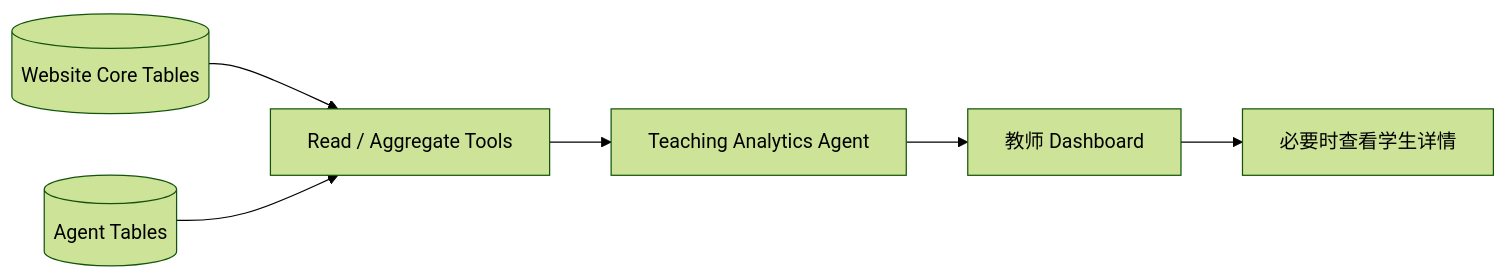
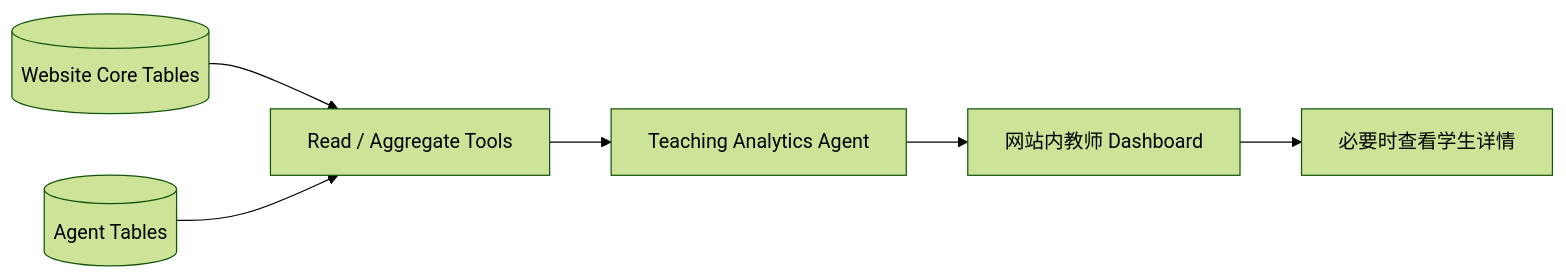
The seventh of 9 diagrams in docs/superpowers/specs/2026-09-13-ai-coding-assistant-architecture-design-zh.md (roey-cheng/AI-teaching-agent), drawn with Mermaid (forest theme) before and after one commit. The commit also changed other lines of this file, not shown here.

Commit message:
docs: clarify teacher dashboard as website view

````diff
--- a/docs/superpowers/specs/2026-09-13-ai-coding-assistant-architecture-design-zh.md
+++ b/docs/superpowers/specs/2026-09-13-ai-coding-assistant-architecture-design-zh.md
@@ -505,8 +509,8 @@
 ```mermaid
 flowchart LR
     Core[(Website Core Tables)] --> Aggregate[Read / Aggregate Tools]
     Agent[(Agent Tables)] --> Aggregate
     Aggregate --> Analytics[Teaching Analytics Agent]
-    Analytics --> Dashboard[教师 Dashboard]
+    Analytics --> Dashboard[网站内教师 Dashboard]
     Dashboard --> Drilldown[必要时查看学生详情]
 ```
````
